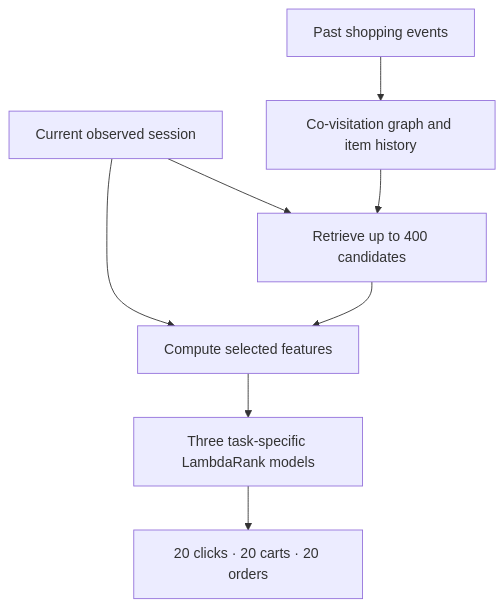
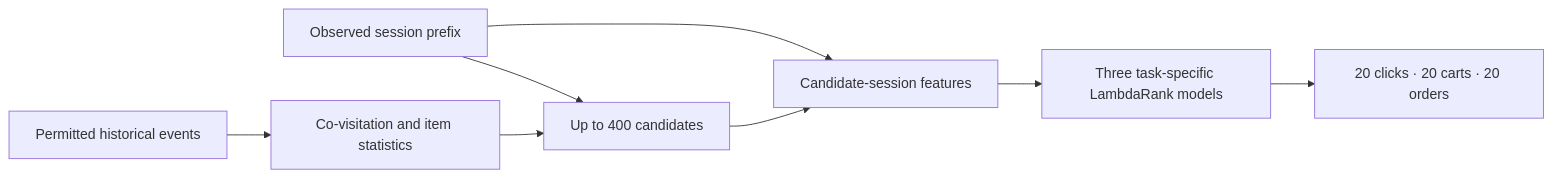
Before and after one commit to alvaromendizabal/otto-recommender-system: the diagram in README.md, drawn with Mermaid. The commit also changed other lines of this file and 15 other files, not shown here.

````diff
--- a/README.md
+++ b/README.md
@@ -71,10 +26,10 @@
 ```mermaid
-flowchart TD
-    H["Past shopping events"] --> G["Co-visitation graph and item history"]
-    P["Current observed session"] --> C["Retrieve up to 400 candidates"]
+flowchart LR
+    H[Permitted historical events] --> G[Co-visitation and item statistics]
+    P[Observed session prefix] --> C[Up to 400 candidates]
     G --> C
-    P --> F["Compute selected features"]
+    P --> F[Candidate-session features]
     C --> F
-    F --> R["Three task-specific LambdaRank models"]
-    R --> K["20 clicks · 20 carts · 20 orders"]
+    F --> R[Three task-specific LambdaRank models]
+    R --> O[20 clicks · 20 carts · 20 orders]
 ```
````
